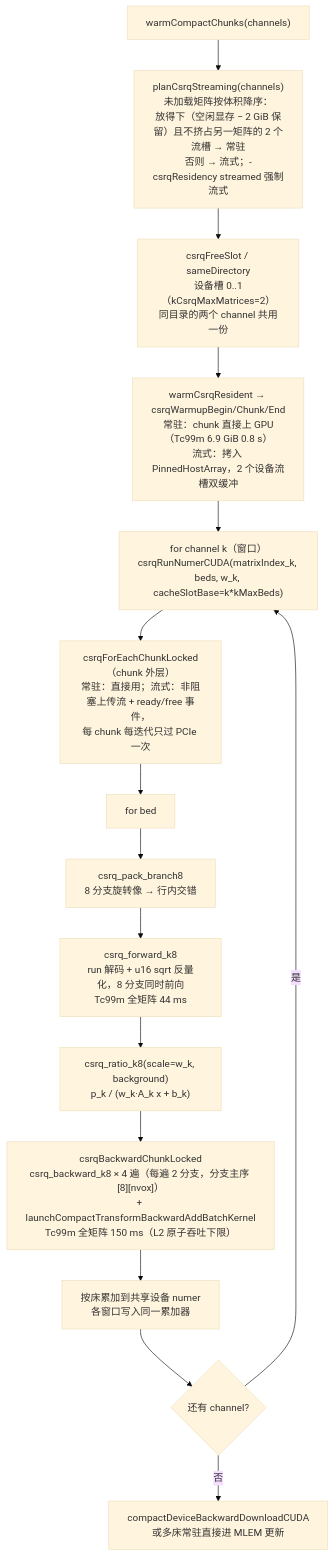
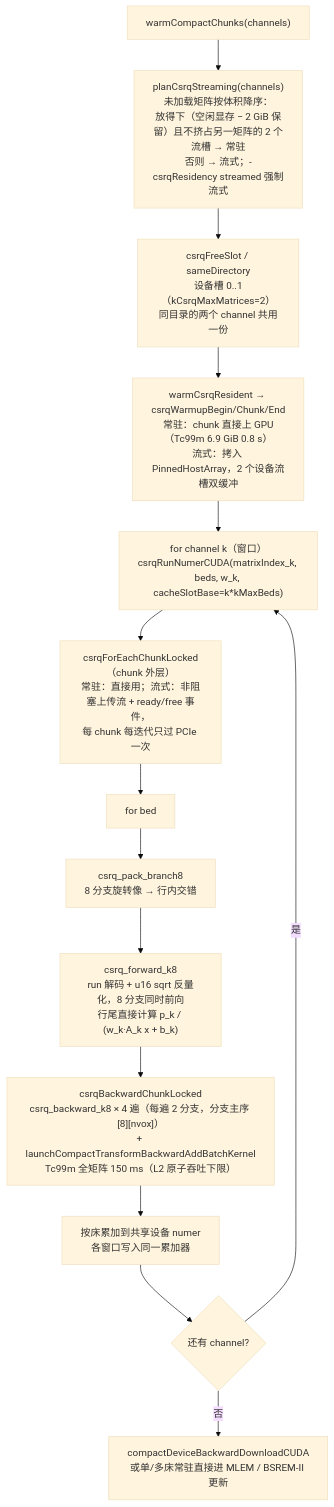
Before and after one commit to wangdy920/spect_6module_recon: the third of 3 diagrams in reports/2026-09-04-matrix-call-flow-architecture.md, drawn with Mermaid (base theme). The commit also changed other lines of this file and 17 other files, not shown here.

````diff
--- a/reports/2026-09-04-matrix-call-flow-architecture.md
+++ b/reports/2026-09-04-matrix-call-flow-architecture.md
@@ -79,17 +79,16 @@
 ```mermaid
 flowchart TD
     W["warmCompactChunks(channels)"] --> PLAN["planCsrqStreaming(channels)<br/>未加载矩阵按体积降序：<br/>放得下（空闲显存 − 2 GiB 保留）且不挤占另一矩阵的 2 个流槽 → 常驻<br/>否则 → 流式；-csrqResidency streamed 强制流式"]
     PLAN --> SLOT["csrqFreeSlot / sameDirectory<br/>设备槽 0..1（kCsrqMaxMatrices=2）<br/>同目录的两个 channel 共用一份"]
     SLOT --> WARM["warmCsrqResident → csrqWarmupBegin/Chunk/End<br/>常驻：chunk 直接上 GPU（Tc99m 6.9 GiB 0.8 s）<br/>流式：拷入 PinnedHostArray，2 个设备流槽双缓冲"]
     WARM --> CH["for channel k（窗口）<br/>csrqRunNumerCUDA(matrixIndex_k, beds, w_k, cacheSlotBase=k*kMaxBeds)"]
     CH --> CK["csrqForEachChunkLocked（chunk 外层）<br/>常驻：直接用；流式：非阻塞上传流 + ready/free 事件，<br/>每 chunk 每迭代只过 PCIe 一次"]
     CK --> BED["for bed"]
     BED --> PACK["csrq_pack_branch8<br/>8 分支旋转像 → 行内交错"]
-    PACK --> FWD["csrq_forward_k8<br/>run 解码 + u16 sqrt 反量化，8 分支同时前向<br/>Tc99m 全矩阵 44 ms"]
-    FWD --> RATIO["csrq_ratio_k8(scale=w_k, background)<br/>p_k / (w_k·A_k x + b_k)"]
-    RATIO --> BWD["csrqBackwardChunkLocked<br/>csrq_backward_k8 × 4 遍（每遍 2 分支，分支主序 [8][nvox]）<br/>+ launchCompactTransformBackwardAddBatchKernel<br/>Tc99m 全矩阵 150 ms（L2 原子吞吐下限）"]
+    PACK --> FWD["csrq_forward_k8<br/>run 解码 + u16 sqrt 反量化，8 分支同时前向<br/>行尾直接计算 p_k / (w_k·A_k x + b_k)"]
+    FWD --> BWD["csrqBackwardChunkLocked<br/>csrq_backward_k8 × 4 遍（每遍 2 分支，分支主序 [8][nvox]）<br/>+ launchCompactTransformBackwardAddBatchKernel<br/>Tc99m 全矩阵 150 ms（L2 原子吞吐下限）"]
     BWD --> ACC["按床累加到共享设备 numer<br/>各窗口写入同一累加器"]
     ACC --> NEXT{"还有 channel?"}
     NEXT -->|是| CH
-    NEXT -->|否| DL["compactDeviceBackwardDownloadCUDA<br/>或多床常驻直接进 MLEM 更新"]
+    NEXT -->|否| DL["compactDeviceBackwardDownloadCUDA<br/>或单/多床常驻直接进 MLEM / BSREM-II 更新"]
 ```
````
